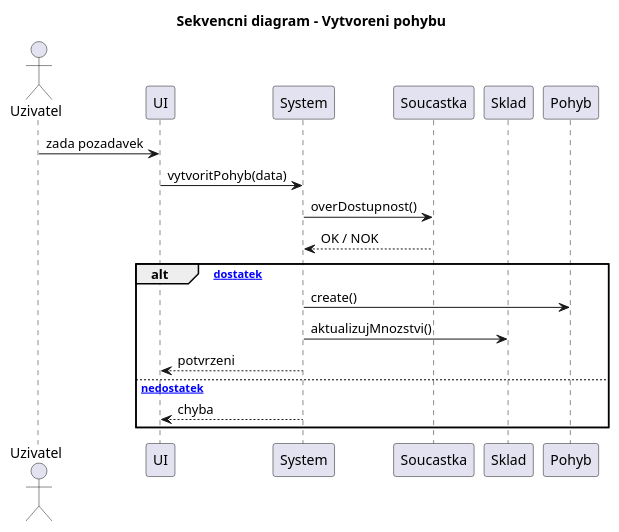
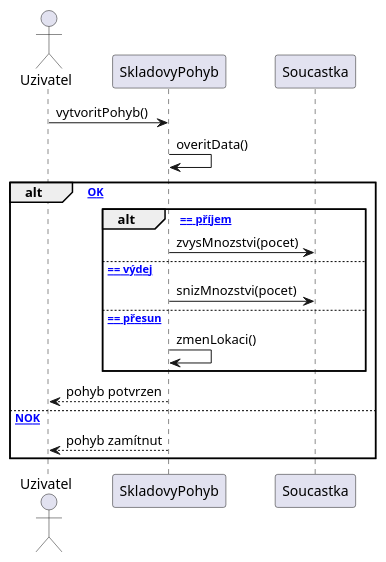
One commit to lkvapil/wms-elektronicke-soucastky changed the diagram in diagrams/13_sequence_pohyb.puml. Above: the diagram before and after it, drawn with PlantUML. The commit also changed 4 other files, not shown here.

Commit message:
Konzistence: oprava sekvenčního diagramu + LaTeX text + tabulka atributů

```diff
--- a/diagrams/13_sequence_pohyb.puml
+++ b/diagrams/13_sequence_pohyb.puml
@@ -1,25 +1,23 @@
 @startuml
-title Sekvencni diagram - Vytvoreni pohybu
 
 actor Uzivatel
-participant UI
-participant System
+participant SkladovyPohyb
 participant Soucastka
-participant Sklad
-participant Pohyb
 
-Uzivatel -> UI : zada pozadavek
-UI -> System : vytvoritPohyb(data)
+Uzivatel -> SkladovyPohyb : vytvoritPohyb()
+SkladovyPohyb -> SkladovyPohyb : overitData()
 
-System -> Soucastka : overDostupnost()
-Soucastka --> System : OK / NOK
-
-alt [dostatek]
-    System -> Pohyb : create()
-    System -> Sklad : aktualizujMnozstvi()
-    System --> UI : potvrzeni
-else [nedostatek]
-    System --> UI : chyba
+alt [data OK]
+    alt [typ == příjem]
+        SkladovyPohyb -> Soucastka : zvysMnozstvi(pocet)
+    else [typ == výdej]
+        SkladovyPohyb -> Soucastka : snizMnozstvi(pocet)
+    else [typ == přesun]
+        SkladovyPohyb -> SkladovyPohyb : zmenLokaci()
+    end
+    SkladovyPohyb --> Uzivatel : pohyb potvrzen
+else [data NOK]
+    SkladovyPohyb --> Uzivatel : pohyb zamítnut
 end
 
 @enduml
```
